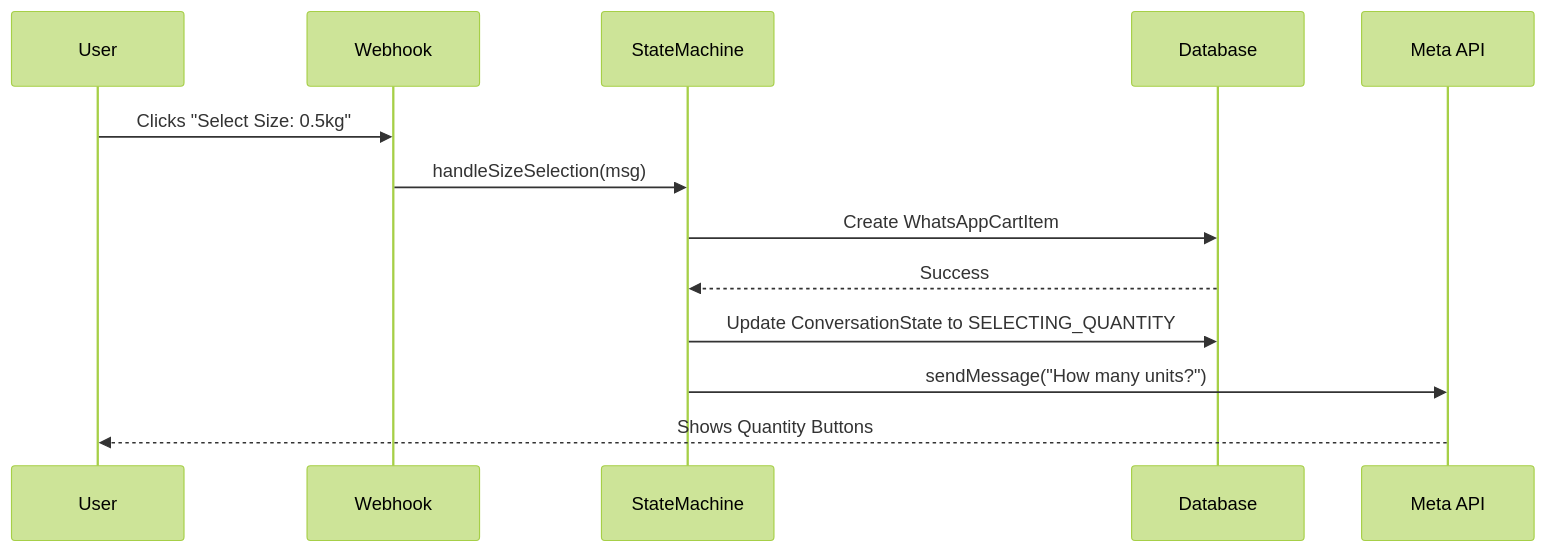
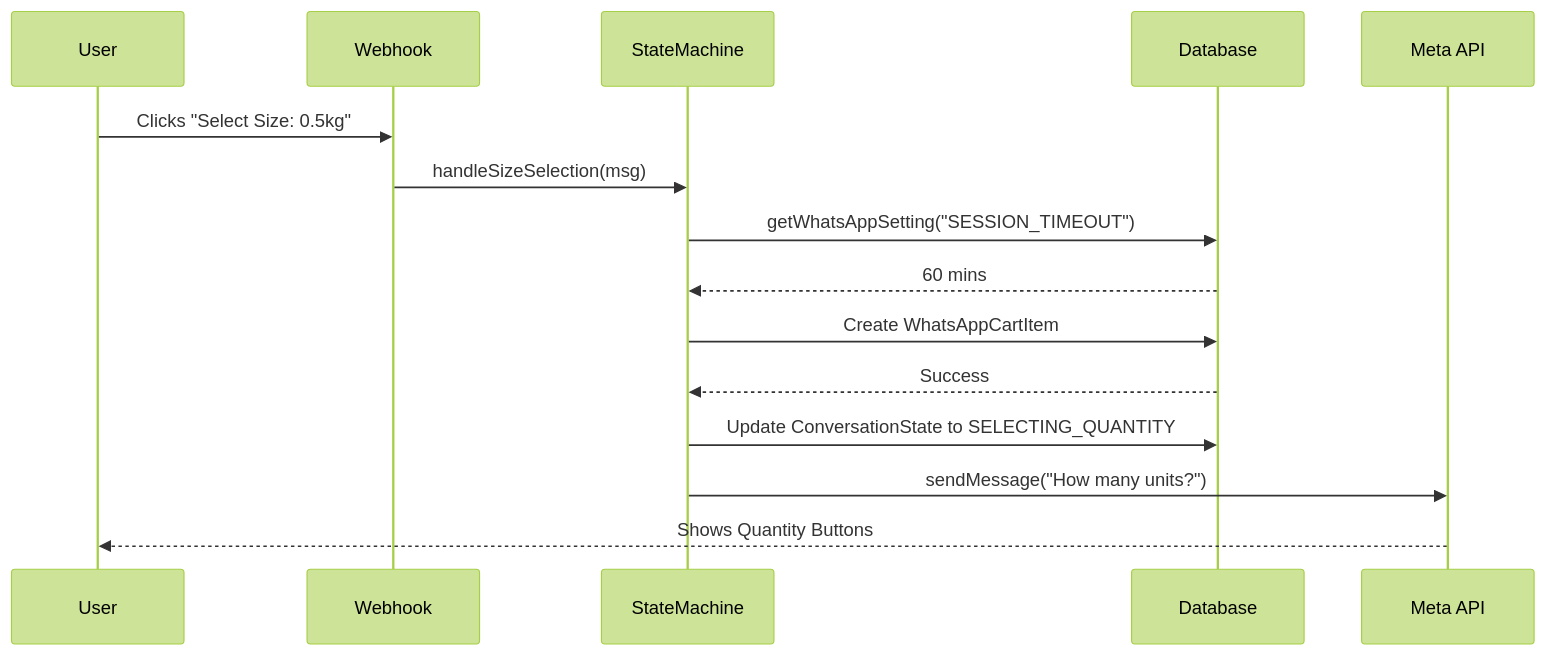
The fourth of 9 diagrams in docs/whatsapp-bot/uml-comprehensive.md (SoumyaAmminabhavi/Sonnas), drawn with Mermaid (forest theme) before and after one commit. The commit also changed other lines of this file and 4 other files, not shown here.

````diff
--- a/docs/whatsapp-bot/uml-comprehensive.md
+++ b/docs/whatsapp-bot/uml-comprehensive.md
@@ -101,16 +106,18 @@
 ```mermaid
 sequenceDiagram
     participant U as User
     participant W as Webhook
     participant S as StateMachine
     participant D as Database
     participant M as Meta API
 
     U->>W: Clicks "Select Size: 0.5kg"
     W->>S: handleSizeSelection(msg)
+    S->>D: getWhatsAppSetting("SESSION_TIMEOUT")
+    D-->>S: 60 mins
     S->>D: Create WhatsAppCartItem
     D-->>S: Success
     S->>D: Update ConversationState to SELECTING_QUANTITY
     S->>M: sendMessage("How many units?")
     M-->>U: Shows Quantity Buttons
 ```
````
